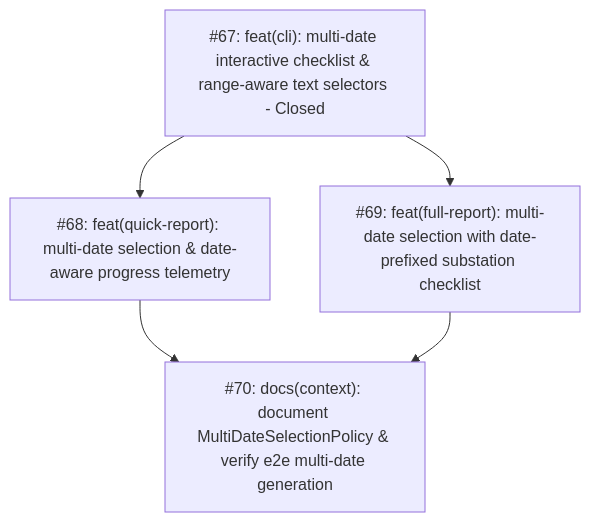
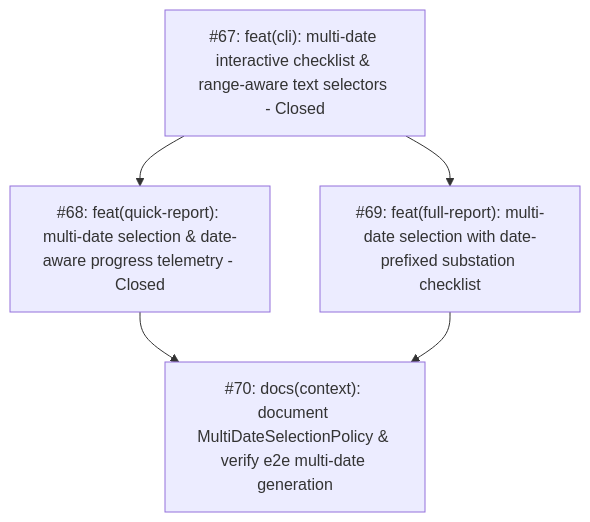
One commit to adamlarGit/pahang-cli changed the diagram in .wayfinder/multi-date-report-generation/map.md. Above: the diagram before and after it, drawn with Mermaid. The commit also changed other lines of this file and 5 other files, not shown here.

Commit message:
feat(quick-report): multi-date selection & date-aware progress telemetry (#68)

````diff
--- a/.wayfinder/multi-date-report-generation/map.md
+++ b/.wayfinder/multi-date-report-generation/map.md
@@ -35,12 +35,12 @@
 ```mermaid
 graph TD
     T67["#67: feat(cli): multi-date interactive checklist & range-aware text selectors - Closed"]
-    T68["#68: feat(quick-report): multi-date selection & date-aware progress telemetry"]
+    T68["#68: feat(quick-report): multi-date selection & date-aware progress telemetry - Closed"]
     T69["#69: feat(full-report): multi-date selection with date-prefixed substation checklist"]
     T70["#70: docs(context): document MultiDateSelectionPolicy & verify e2e multi-date generation"]
 
     T67 --> T68
     T67 --> T69
     T68 --> T70
     T69 --> T70
 ```
````
